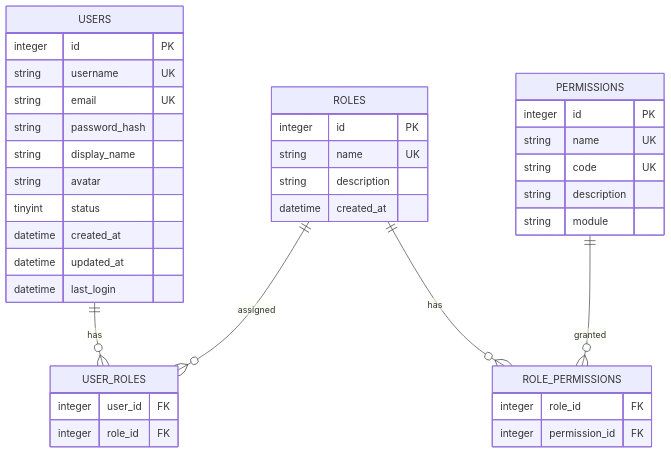
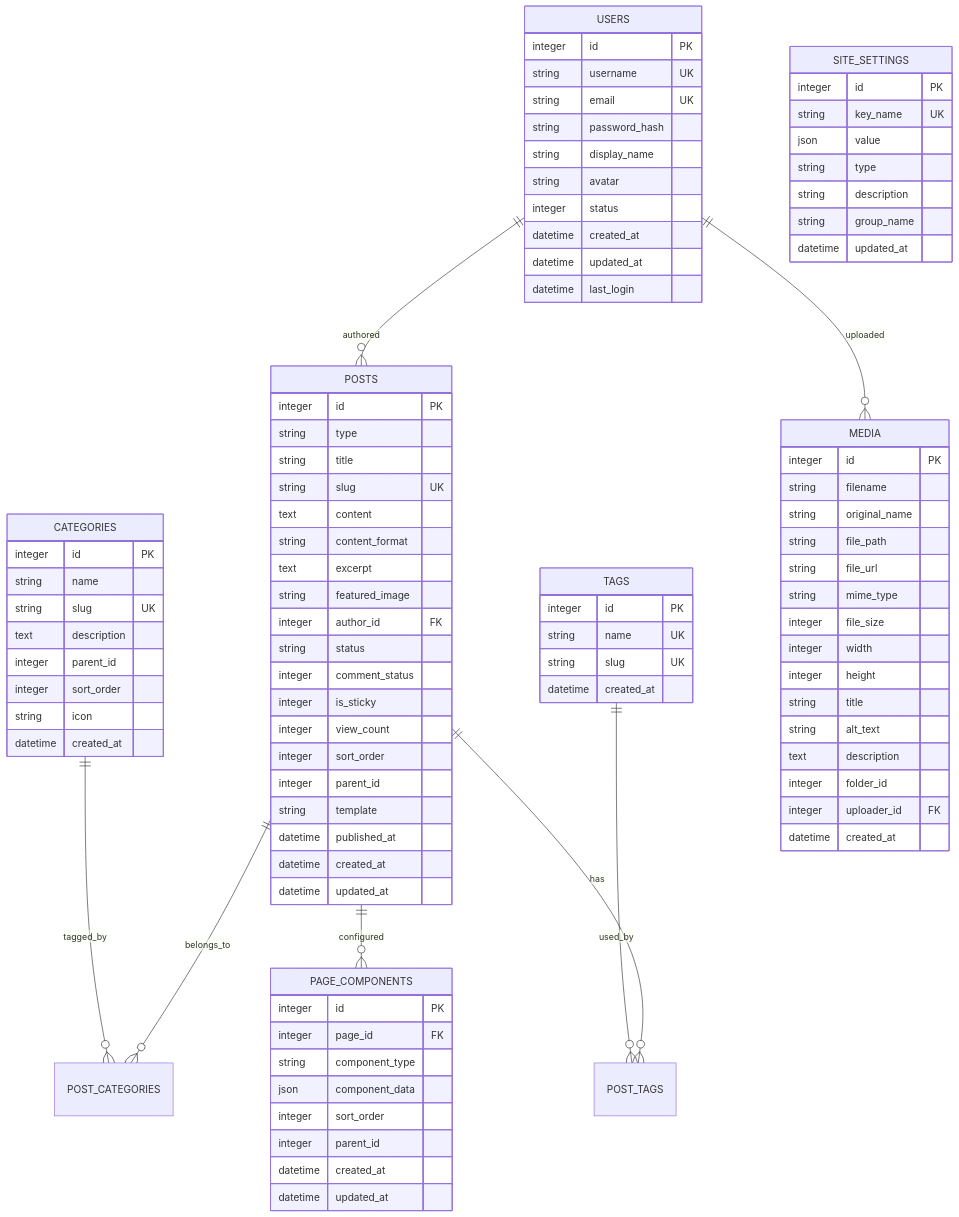
The second of 4 diagrams in .qoder/repowiki/zh/content/API接口文档/API接口文档.md (wyg5208/website_diy), drawn with Mermaid before and after one commit. The commit also changed other lines of this file and 43 other files, not shown here.

````diff
--- a/.qoder/repowiki/zh/content/API接口文档/API接口文档.md
+++ b/.qoder/repowiki/zh/content/API接口文档/API接口文档.md
@@ -1035,34 +1734,89 @@
 string password_hash
 string display_name
 string avatar
-tinyint status
+integer status
 datetime created_at
 datetime updated_at
 datetime last_login
 }
-ROLES {
+POSTS {
+integer id PK
+string type
+string title
+string slug UK
+text content
+string content_format
+text excerpt
+string featured_image
+integer author_id FK
+string status
+integer comment_status
+integer is_sticky
+integer view_count
+integer sort_order
+integer parent_id
+string template
+datetime published_at
+datetime created_at
+datetime updated_at
+}
+CATEGORIES {
+integer id PK
+string name
+string slug UK
+text description
+integer parent_id
+integer sort_order
+string icon
+datetime created_at
+}
+TAGS {
 integer id PK
 string name UK
-string description
+string slug UK
 datetime created_at
 }
-PERMISSIONS {
+MEDIA {
 integer id PK
-string name UK
-string code UK
+string filename
+string original_name
+string file_path
+string file_url
+string mime_type
+integer file_size
+integer width
+integer height
+string title
+string alt_text
+text description
+integer folder_id
+integer uploader_id FK
+datetime created_at
+}
+PAGE_COMPONENTS {
+integer id PK
+integer page_id FK
+string component_type
+json component_data
+integer sort_order
+integer parent_id
+datetime created_at
+datetime updated_at
+}
+SITE_SETTINGS {
+integer id PK
+string key_name UK
+json value
+string type
 string description
-string module
+string group_name
+datetime updated_at
 }
-USER_ROLES {
-integer user_id FK
-integer role_id FK
-}
-ROLE_PERMISSIONS {
-integer role_id FK
-integer permission_id FK
-}
-USERS ||--o{ USER_ROLES : has
-ROLES ||--o{ USER_ROLES : assigned
-ROLES ||--o{ ROLE_PERMISSIONS : has
-PERMISSIONS ||--o{ ROLE_PERMISSIONS : granted
+POSTS ||--o{ POST_CATEGORIES : belongs_to
+CATEGORIES ||--o{ POST_CATEGORIES : tagged_by
+POSTS ||--o{ POST_TAGS : has
+TAGS ||--o{ POST_TAGS : used_by
+USERS ||--o{ POSTS : authored
+USERS ||--o{ MEDIA : uploaded
+POSTS ||--o{ PAGE_COMPONENTS : configured
 ```
````
